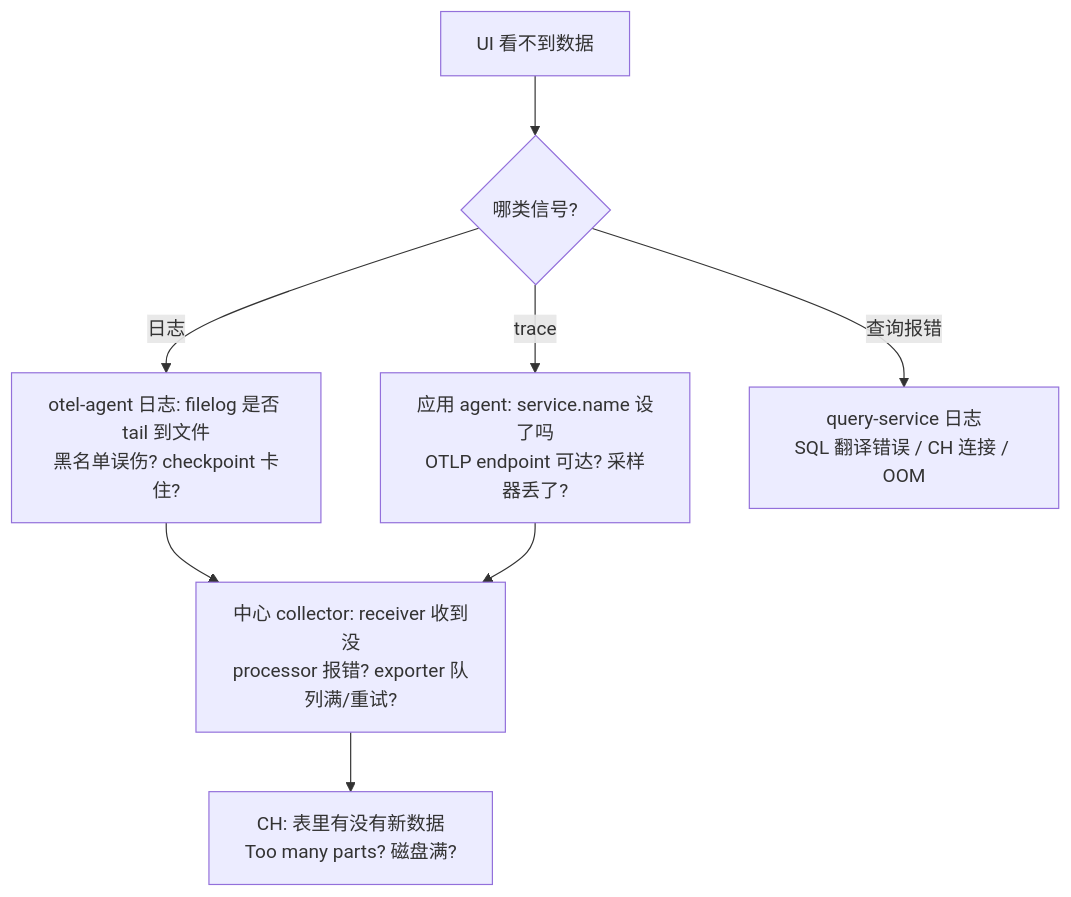
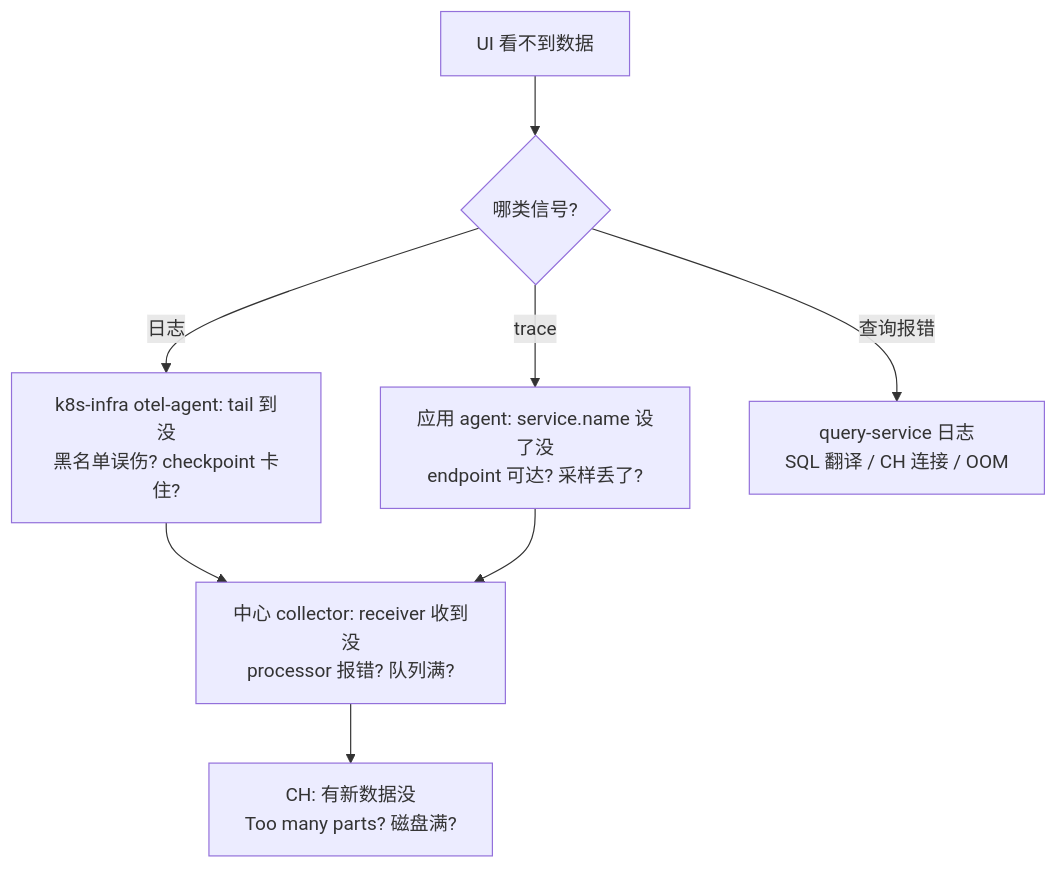
Before and after one commit to songli0103/notes: the fourth of 4 diagrams in 10-云原生/02-平台组件/04-SigNoz/SigNoz.md, drawn with Mermaid. The commit also changed other lines of this file and 6 other files, not shown here.

````diff
--- a/10-云原生/02-平台组件/04-SigNoz/SigNoz.md
+++ b/10-云原生/02-平台组件/04-SigNoz/SigNoz.md
@@ -390,10 +372,10 @@
 ```mermaid
 flowchart TB
     Q[UI 看不到数据] --> A{哪类信号?}
-    A -->|日志| L1[otel-agent 日志: filelog 是否 tail 到文件<br/>黑名单误伤? checkpoint 卡住?]
-    L1 --> L2[中心 collector: receiver 收到没<br/>processor 报错? exporter 队列满/重试?]
-    L2 --> L3[CH: 表里有没有新数据<br/>Too many parts? 磁盘满?]
-    A -->|trace| T1[应用 agent: service.name 设了吗<br/>OTLP endpoint 可达? 采样器丢了?]
+    A -->|日志| L1[k8s-infra otel-agent: tail 到没<br/>黑名单误伤? checkpoint 卡住?]
+    L1 --> L2[中心 collector: receiver 收到没<br/>processor 报错? 队列满?]
+    L2 --> L3[CH: 有新数据没<br/>Too many parts? 磁盘满?]
+    A -->|trace| T1[应用 agent: service.name 设了没<br/>endpoint 可达? 采样丢了?]
     T1 --> L2
-    A -->|查询报错| QS[query-service 日志<br/>SQL 翻译错误 / CH 连接 / OOM]
+    A -->|查询报错| QS[query-service 日志<br/>SQL 翻译 / CH 连接 / OOM]
 ```
````
